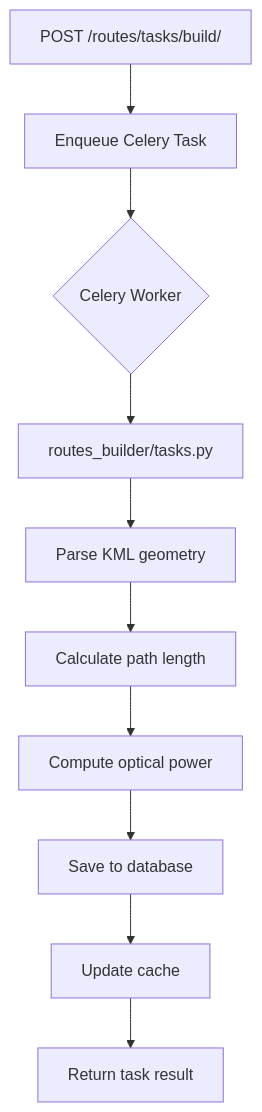
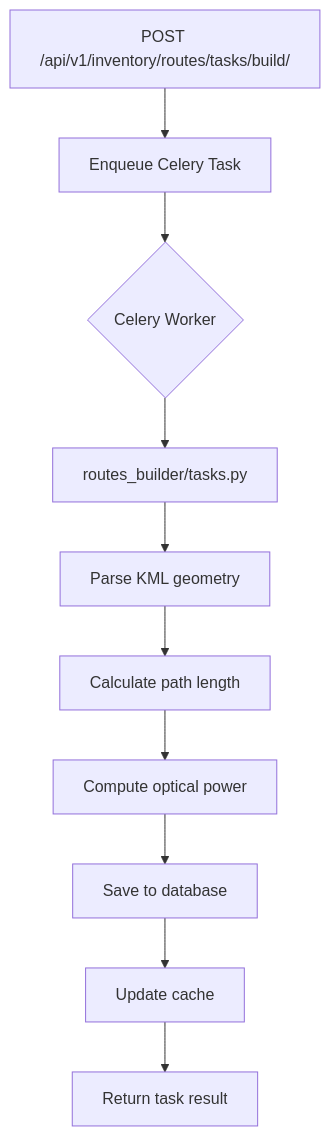
Before and after one commit to kaled182/provemaps_beta: the seventh of 10 diagrams in doc/architecture/OVERVIEW.md, drawn with Mermaid. The commit also changed other lines of this file and 54 other files, not shown here.

Commit message:
feat: expose inventory rest api and retire legacy zabbix proxy

````diff
--- a/doc/architecture/OVERVIEW.md
+++ b/doc/architecture/OVERVIEW.md
@@ -385,12 +383,12 @@
 ```mermaid
 graph TD
-    A[POST /routes/tasks/build/] --> B[Enqueue Celery Task]
+    A[POST /api/v1/inventory/routes/tasks/build/] --> B[Enqueue Celery Task]
     B --> C{Celery Worker}
     C --> D[routes_builder/tasks.py]
     D --> E[Parse KML geometry]
     E --> F[Calculate path length]
     F --> G[Compute optical power]
     G --> H[Save to database]
     H --> I[Update cache]
     I --> J[Return task result]
 ```
````
